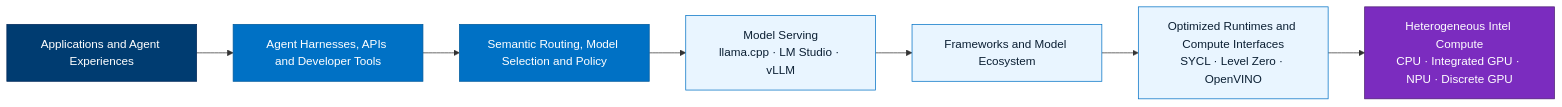
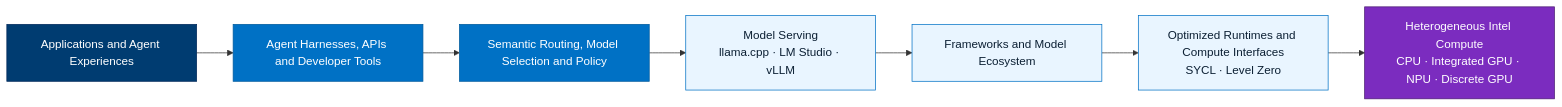
Before and after one commit to malcolmchanhaoxian/Intel-SG-Workshop-2026: the second of 8 diagrams in README.md, drawn with Mermaid. The commit also changed other lines of this file, not shown here.

````diff
--- a/README.md
+++ b/README.md
@@ -92,33 +92,33 @@
 ```mermaid
 flowchart LR
     APP["Applications and Agent Experiences"]
 
     AGENT["Agent Harnesses, APIs and Developer Tools"]
 
     ROUTE["Semantic Routing, Model Selection and Policy"]
 
     SERVE["Model Serving<br/>llama.cpp · LM Studio · vLLM"]
 
     FRAME["Frameworks and Model Ecosystem"]
 
-    RUNTIME["Optimized Runtimes and Compute Interfaces<br/>SYCL · Level Zero · OpenVINO"]
+    RUNTIME["Optimized Runtimes and Compute Interfaces<br/>SYCL · Level Zero"]
 
     HW["Heterogeneous Intel Compute<br/>CPU · Integrated GPU · NPU · Discrete GPU"]
 
     APP --> AGENT
     AGENT --> ROUTE
     ROUTE --> SERVE
     SERVE --> FRAME
     FRAME --> RUNTIME
     RUNTIME --> HW
 
     classDef top fill:#003c71,stroke:#00285a,color:#ffffff;
     classDef app fill:#0071c5,stroke:#005a9c,color:#ffffff;
     classDef layer fill:#e9f5ff,stroke:#0071c5,color:#0b1f33;
     classDef hardware fill:#7b2cbf,stroke:#4c1d73,color:#ffffff;
 
     class APP top;
     class AGENT,ROUTE app;
     class SERVE,FRAME,RUNTIME layer;
     class HW hardware;
 ```
````
